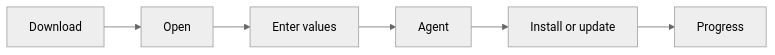
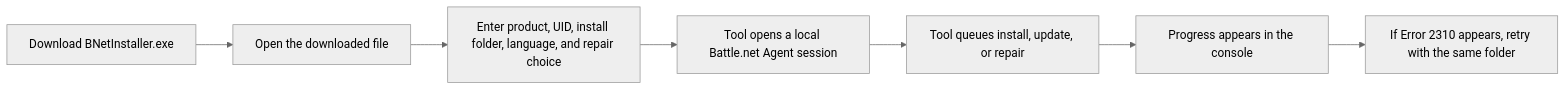
One commit to DokPlay/Battle.Net-Installer changed the diagram in README.md. Above: the diagram before and after it, drawn with Mermaid (neutral theme). The commit also changed 1 other file, not shown here.

Commit message:
Restore detailed README diagrams

````diff
--- a/README.md
+++ b/README.md
@@ -52,8 +52,9 @@
 ```mermaid
-graph LR
-    A["Download"] --> B["Open"]
-    B --> C["Enter values"]
-    C --> D["Agent"]
-    D --> E["Install or update"]
-    E --> F["Progress"]
+flowchart LR
+    A["Download BNetInstaller.exe"] --> B["Open the downloaded file"]
+    B --> C["Enter product, UID, install folder, language, and repair choice"]
+    C --> D["Tool opens a local Battle.net Agent session"]
+    D --> E["Tool queues install, update, or repair"]
+    E --> F["Progress appears in the console"]
+    F --> G["If Error 2310 appears, retry with the same folder"]
 ```
````
